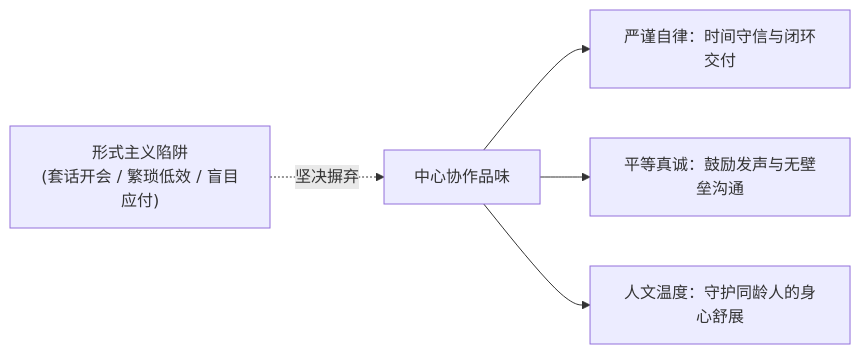
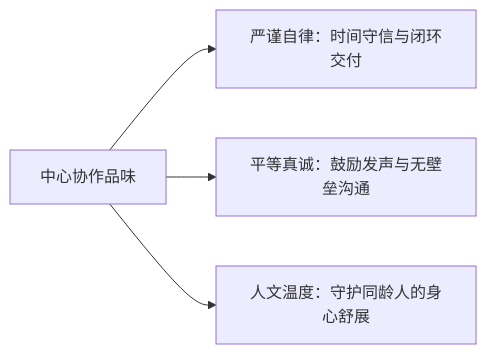
Before and after one commit to NJUPT-CS-StuDev/studev: the second of 2 diagrams in src/content/study/craft-collective-learning.md, drawn with Mermaid. The commit also changed other lines of this file and 9 other files, not shown here.

````diff
--- a/src/content/study/craft-collective-learning.md
+++ b/src/content/study/craft-collective-learning.md
@@ -128,7 +124,7 @@
 ```mermaid
 graph LR
-    A["形式主义陷阱<br/>(套话开会 / 繁琐低效 / 盲目应付)"] -.->|坚决摒弃| B["中心协作品味"]
+    B["中心协作品味"]
     B --> C1["严谨自律：时间守信与闭环交付"]
     B --> C2["平等真诚：鼓励发声与无壁垒沟通"]
     B --> C3["人文温度：守护同龄人的身心舒展"]
 ```
````
